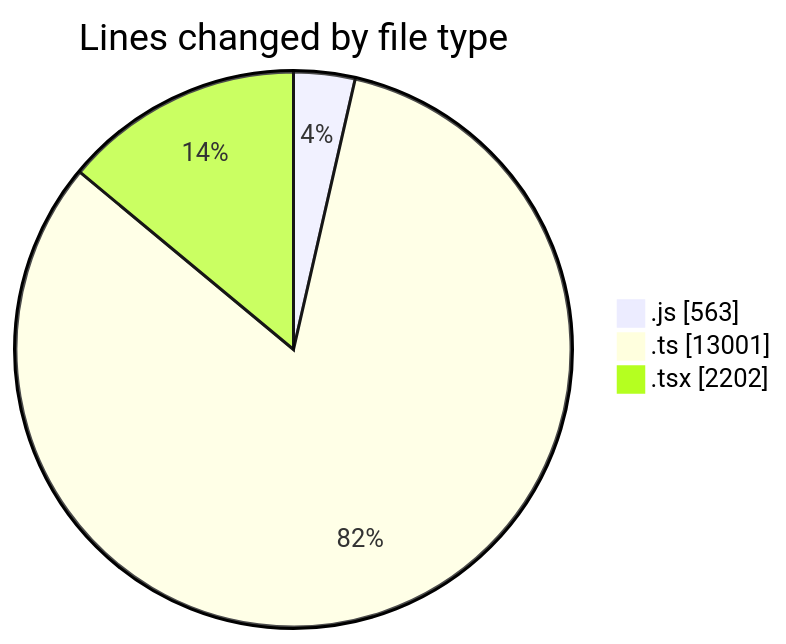
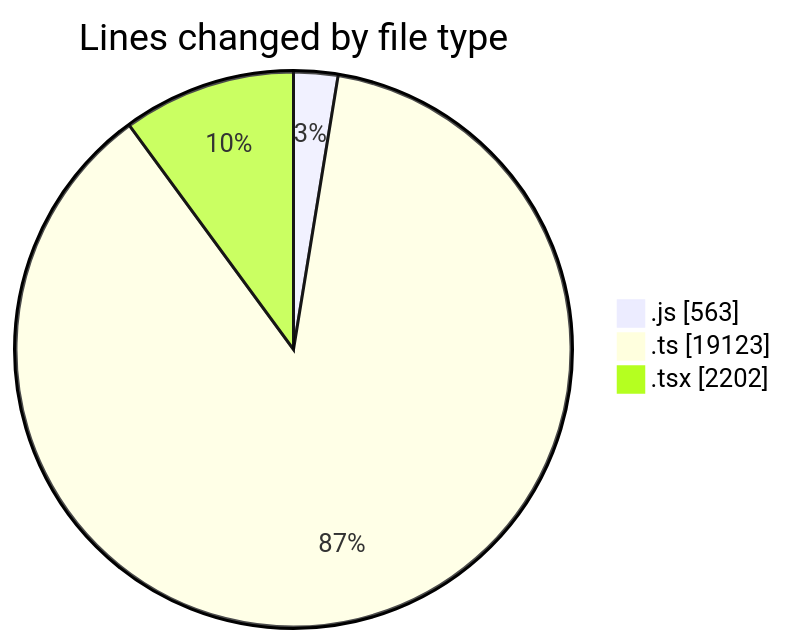
Before and after one commit to momahboobian/code-tracking: the first of 2 diagrams in 2025-11-14/cda/README.md, drawn with Mermaid. The commit also changed other lines of this file and 1 other file, not shown here.

````diff
--- a/2025-11-14/cda/README.md
+++ b/2025-11-14/cda/README.md
@@ -38,7 +40,7 @@
 ```mermaid
 pie showData
 title Lines changed by file type
 ".js" : 563
-".ts" : 13001
+".ts" : 19123
 ".tsx" : 2202
 ```
````
